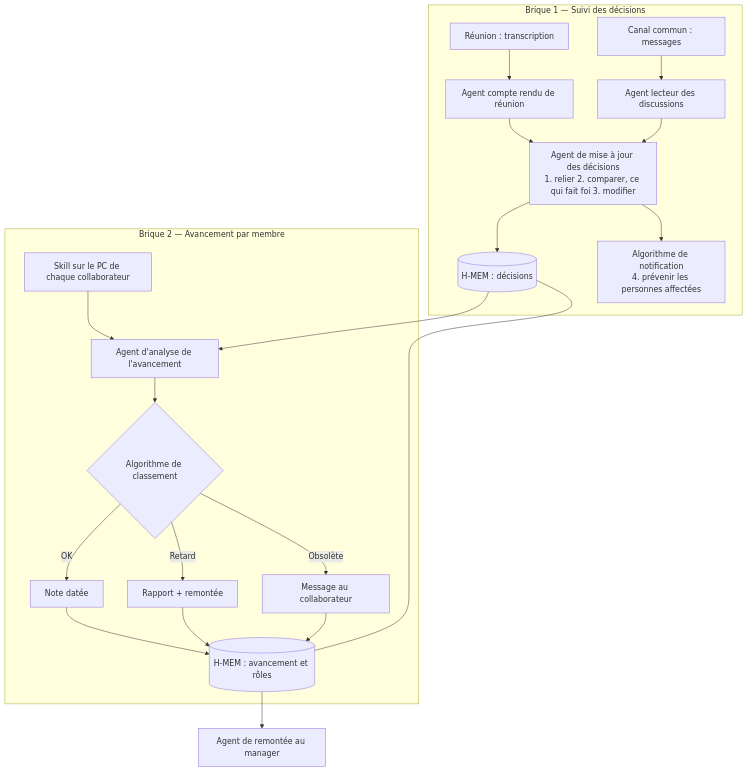
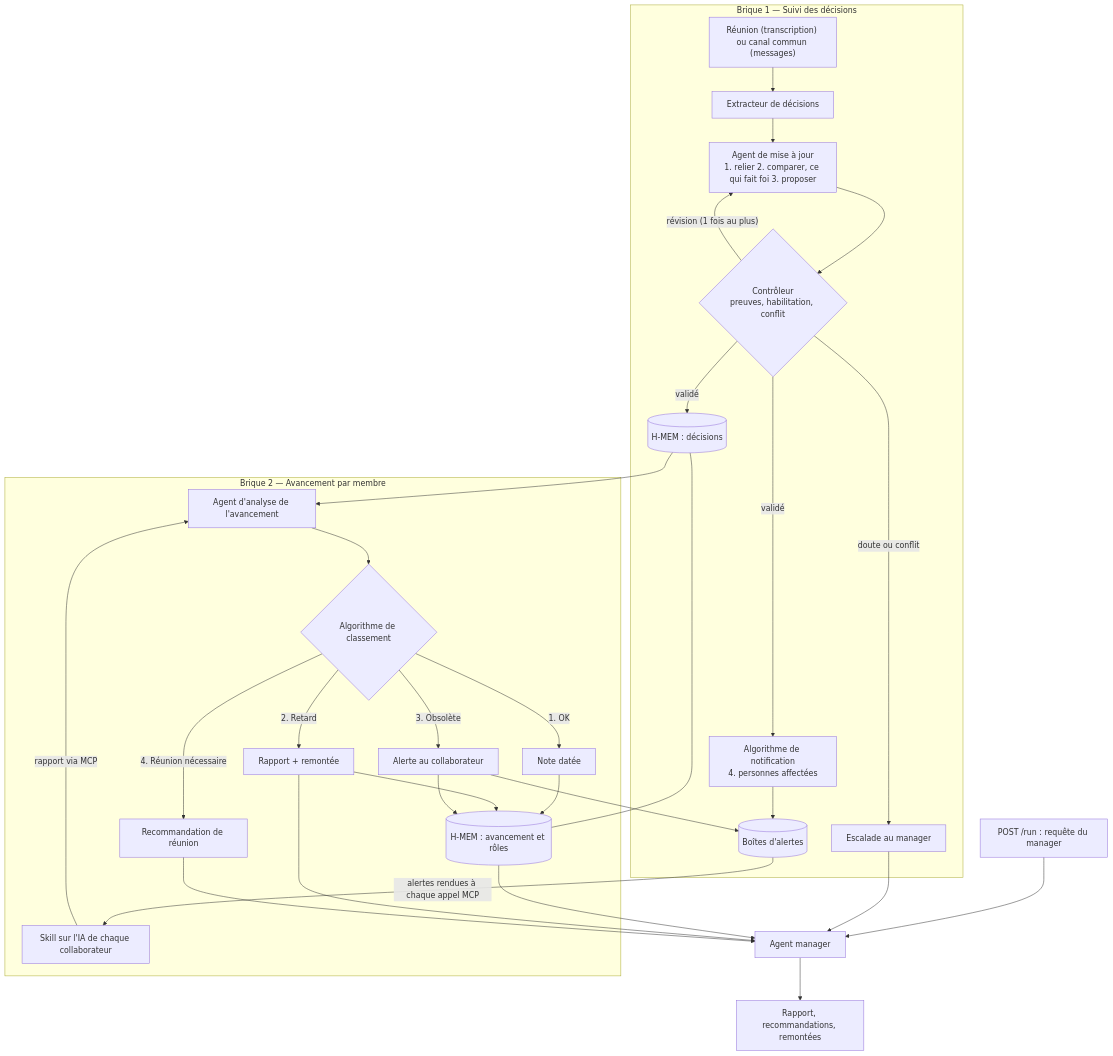
Before and after one commit to abouchet109-del/Hackathon-GenAI-public: the diagram in docs/architecture.md, drawn with Mermaid. The commit also changed other lines of this file and 6 other files, not shown here.

First line of the commit message:
Integrate the review proposals into the architecture draft

````diff
--- a/docs/architecture.md
+++ b/docs/architecture.md
@@ -59,24 +66,34 @@
 ```mermaid
 flowchart TD
   subgraph B1["Brique 1 — Suivi des décisions"]
-    R["Réunion : transcription"] --> CR["Agent compte rendu de réunion"]
-    D["Canal commun : messages"] --> LD["Agent lecteur des discussions"]
-    CR --> MAJ["Agent de mise à jour des décisions<br/>1. relier 2. comparer, ce qui fait foi 3. modifier"]
-    LD --> MAJ
-    MAJ --> HM1[("H-MEM : décisions")]
-    MAJ --> NOTIF["Algorithme de notification<br/>4. prévenir les personnes affectées"]
+    SRC["Réunion (transcription) ou canal commun (messages)"] --> EX["Extracteur de décisions"]
+    EX --> MAJ["Agent de mise à jour<br/>1. relier 2. comparer, ce qui fait foi 3. proposer"]
+    MAJ --> CTL{"Contrôleur<br/>preuves, habilitation, conflit"}
+    CTL -->|"révision (1 fois au plus)"| MAJ
+    CTL -->|"validé"| HM1[("H-MEM : décisions")]
+    CTL -->|"validé"| NOTIF["Algorithme de notification<br/>4. personnes affectées"]
+    CTL -->|"doute ou conflit"| ESC["Escalade au manager"]
+    NOTIF --> BOX[("Boîtes d'alertes")]
   end
   subgraph B2["Brique 2 — Avancement par membre"]
-    SK["Skill sur le PC de chaque collaborateur"] --> AN["Agent d'analyse de l'avancement"]
+    SK["Skill sur l'IA de chaque collaborateur"] -->|"rapport via MCP"| AN["Agent d'analyse de l'avancement"]
+    BOX -->|"alertes rendues à chaque appel MCP"| SK
     AN --> CL{"Algorithme de classement"}
-    CL -->|"OK"| N1["Note datée"]
-    CL -->|"Retard"| N2["Rapport + remontée"]
-    CL -->|"Obsolète"| N3["Message au collaborateur"]
+    CL -->|"1. OK"| N1["Note datée"]
+    CL -->|"2. Retard"| N2["Rapport + remontée"]
+    CL -->|"3. Obsolète"| N3["Alerte au collaborateur"]
+    CL -->|"4. Réunion nécessaire"| N4["Recommandation de réunion"]
     N1 --> HM2[("H-MEM : avancement et rôles")]
     N2 --> HM2
+    N3 --> BOX
     N3 --> HM2
   end
   HM1 --> AN
   HM1 --- HM2
-  HM2 --> MGR["Agent de remontée au manager"]
+  RUN["POST /run : requête du manager"] --> MGR["Agent manager"]
+  HM2 --> MGR
+  N2 --> MGR
+  N4 --> MGR
+  ESC --> MGR
+  MGR --> OUT["Rapport, recommandations, remontées"]
 ```
````
